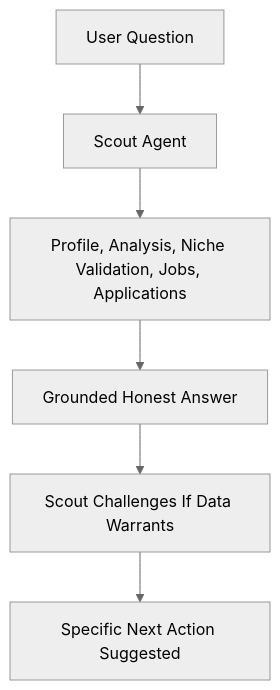
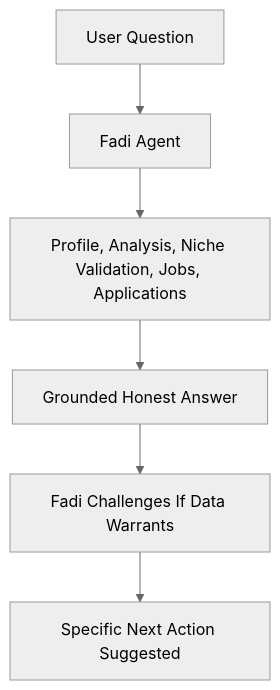
Before and after one commit to Mirzzie/Fadi: the fourth of 6 diagrams in docs/MVP_USER_JOURNEYS.md, drawn with Mermaid (neutral theme). The commit also changed other lines of this file and 158 other files, not shown here.

First line of the commit message:
refactor!: rename agent Scout→Fadi and brand CareerOS→FadiOS

````diff
--- a/docs/MVP_USER_JOURNEYS.md
+++ b/docs/MVP_USER_JOURNEYS.md
@@ -112,8 +112,8 @@
 ```mermaid
 flowchart TD
-    User[User Question] --> Assistant[Scout Agent]
+    User[User Question] --> Assistant[Fadi Agent]
     Assistant --> Context[Profile, Analysis, Niche Validation, Jobs, Applications]
     Context --> Response[Grounded Honest Answer]
-    Response --> Challenge[Scout Challenges If Data Warrants]
+    Response --> Challenge[Fadi Challenges If Data Warrants]
     Challenge --> Action[Specific Next Action Suggested]
 ```
````
